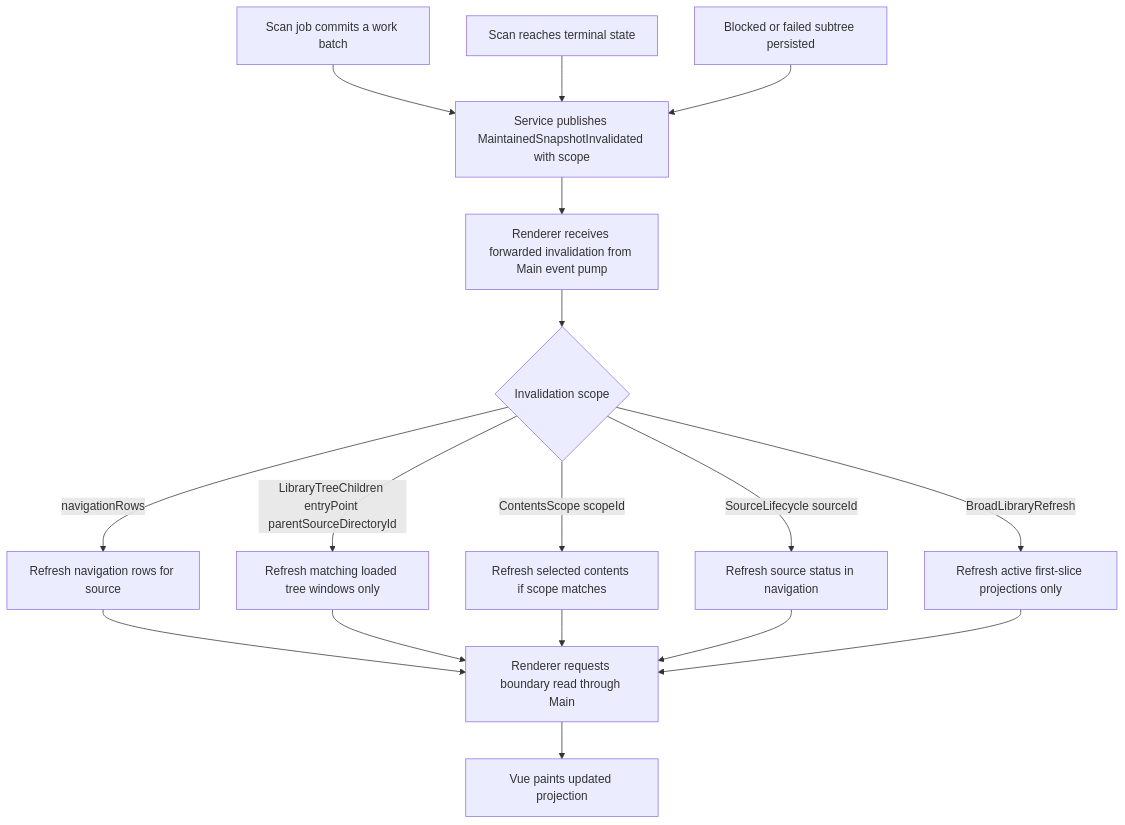
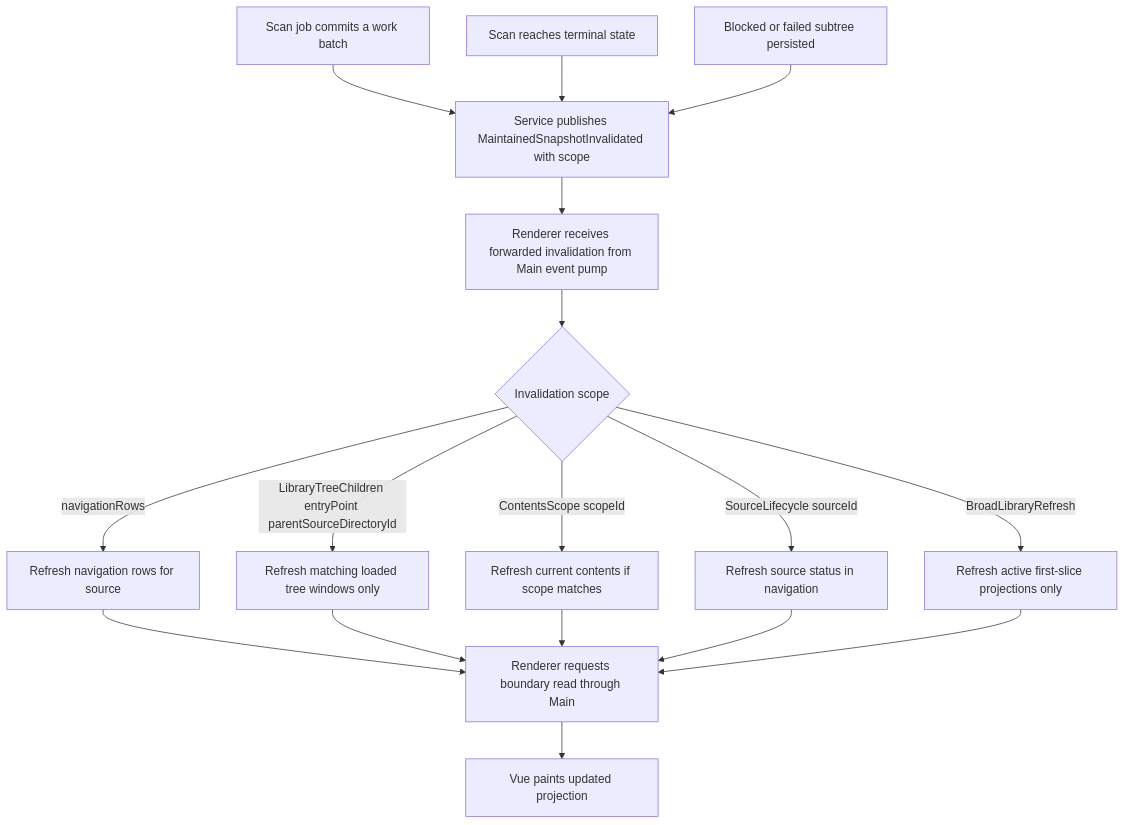
One commit to maikeleckelboom/dekzer-legacy changed the fourth of 12 diagrams in docs/library/background-root-scan-lifecycle-diagrams.md. Above: the diagram before and after it, drawn with Mermaid. The commit also changed other lines of this file and 17 other files, not shown here.

````diff
--- a/docs/library/background-root-scan-lifecycle-diagrams.md
+++ b/docs/library/background-root-scan-lifecycle-diagrams.md
@@ -172,19 +172,19 @@
 ```mermaid
 flowchart TD
   A["Scan job commits a work batch"] --> D["Service publishes MaintainedSnapshotInvalidated with scope"]
   B["Scan reaches terminal state"] --> D
   C["Blocked or failed subtree persisted"] --> D
   D --> E["Renderer receives forwarded invalidation from Main event pump"]
   E --> F{"Invalidation scope"}
   F -->|" navigationRows "| G["Refresh navigation rows for source"]
   F -->|" LibraryTreeChildren entryPoint parentSourceDirectoryId "| H["Refresh matching loaded tree windows only"]
-  F -->|" ContentsScope scopeId "| I["Refresh selected contents if scope matches"]
+  F -->|" ContentsScope scopeId "| I["Refresh current contents if scope matches"]
   F -->|" SourceLifecycle sourceId "| J["Refresh source status in navigation"]
   F -->|" BroadLibraryRefresh "| K["Refresh active first-slice projections only"]
   G --> L["Renderer requests boundary read through Main"]
   H --> L
   I --> L
   J --> L
   K --> L
   L --> M["Vue paints updated projection"]
 ```
````
